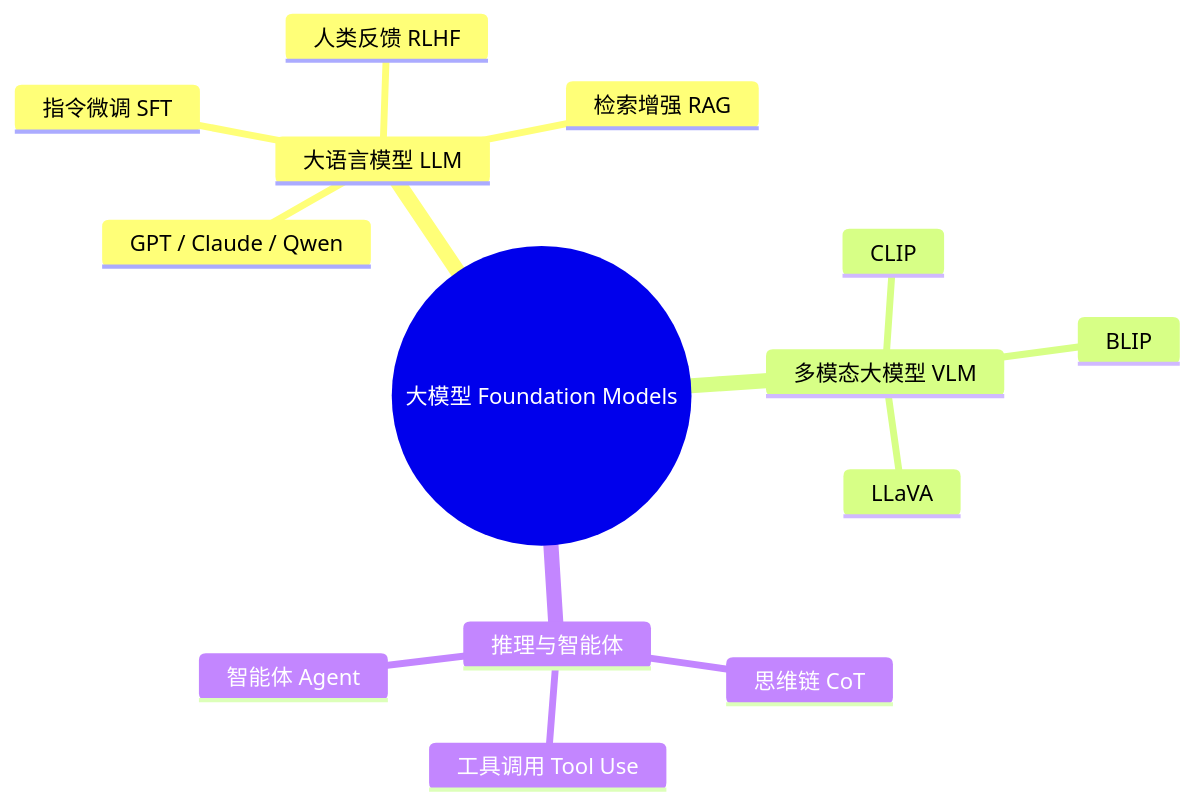
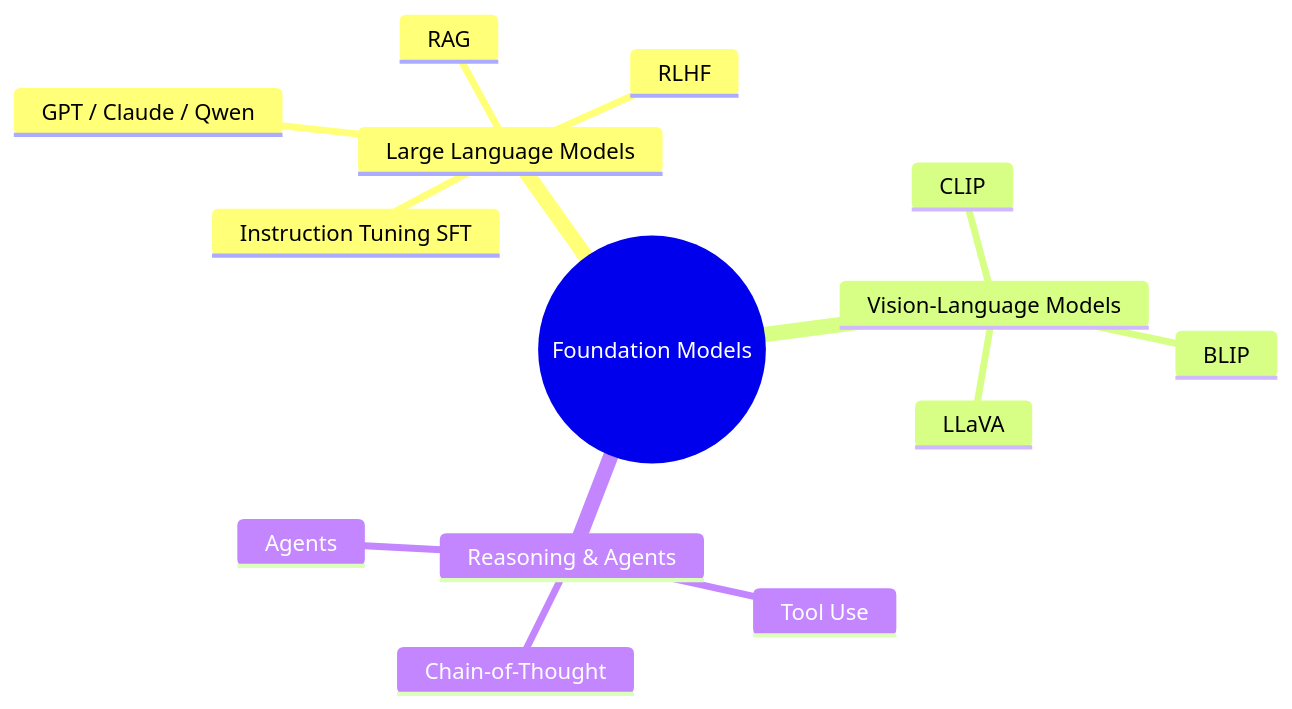
One commit to GrayLee1210/GrayLee1210 changed the fourth of 7 diagrams in README.md. Above: the diagram before and after it, drawn with Mermaid. The commit also changed other lines of this file and 1 other file, not shown here.

````diff
--- a/README.md
+++ b/README.md
@@ -131,17 +144,17 @@
 ```mermaid
 mindmap
-  root((大模型 Foundation Models))
-    大语言模型 LLM
+  root((Foundation Models))
+    Large Language Models
       GPT / Claude / Qwen
-      指令微调 SFT
-      人类反馈 RLHF
-      检索增强 RAG
-    多模态大模型 VLM
+      Instruction Tuning SFT
+      RLHF
+      RAG
+    Vision-Language Models
       CLIP
       BLIP
       LLaVA
-    推理与智能体
-      思维链 CoT
-      工具调用 Tool Use
-      智能体 Agent
+    Reasoning & Agents
+      Chain-of-Thought
+      Tool Use
+      Agents
 ```
````
